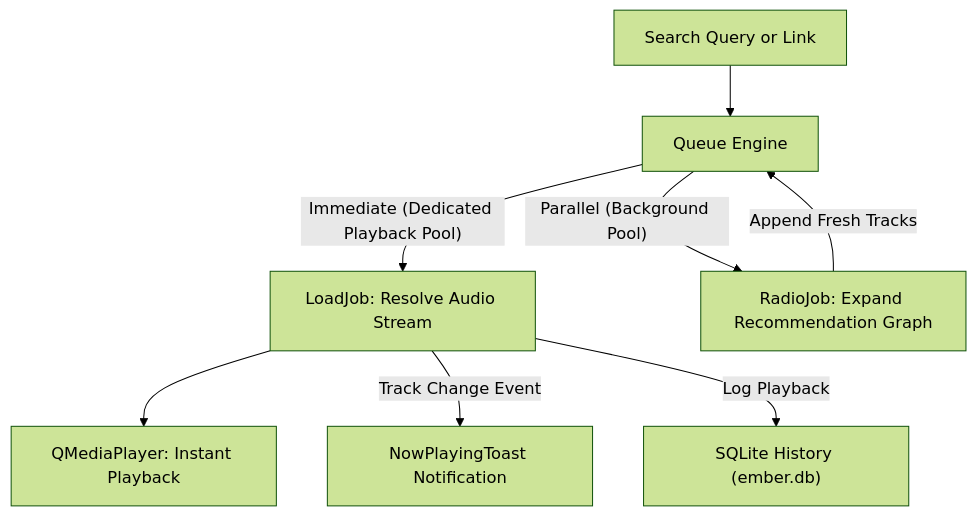
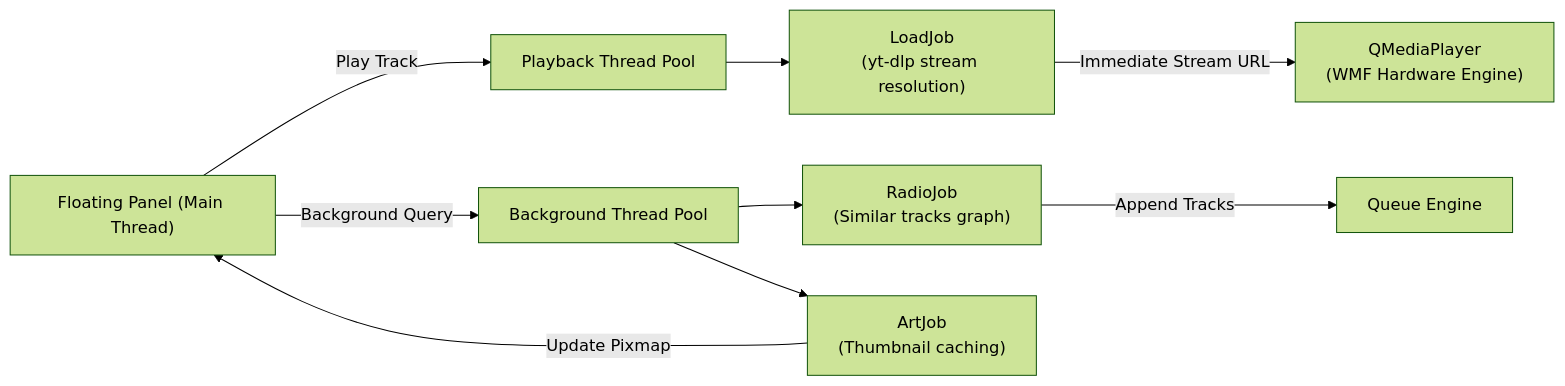
Before and after one commit to taezeem14/Ember: the second of 2 diagrams in README.md, drawn with Mermaid (forest theme). The commit also changed other lines of this file, not shown here.

Commit message:
docs: revamp README completely for dual-platform Ember ecosystem

````diff
--- a/README.md
+++ b/README.md
@@ -163,10 +235,14 @@
 ```mermaid
-flowchart TD
-    A["Search Query or Link"] --> B["Queue Engine"]
-    B -->|"Immediate (Dedicated Playback Pool)"| C["LoadJob: Resolve Audio Stream"]
-    B -->|"Parallel (Background Pool)"| D["RadioJob: Expand Recommendation Graph"]
-    C --> E["QMediaPlayer: Instant Playback"]
-    D -->|"Append Fresh Tracks"| B
-    C -->|"Track Change Event"| F["NowPlayingToast Notification"]
-    C -->|"Log Playback"| G["SQLite History (ember.db)"]
+flowchart LR
+    UI["Floating Panel (Main Thread)"] -->|"Play Track"| PP["Playback Thread Pool"]
+    UI -->|"Background Query"| BP["Background Thread Pool"]
+    
+    PP --> LJ["LoadJob\n(yt-dlp stream resolution)"]
+    LJ -->|"Immediate Stream URL"| MP["QMediaPlayer\n(WMF Hardware Engine)"]
+    
+    BP --> RJ["RadioJob\n(Similar tracks graph)"]
+    BP --> AJ["ArtJob\n(Thumbnail caching)"]
+    
+    RJ -->|"Append Tracks"| QE["Queue Engine"]
+    AJ -->|"Update Pixmap"| UI
 ```
````
